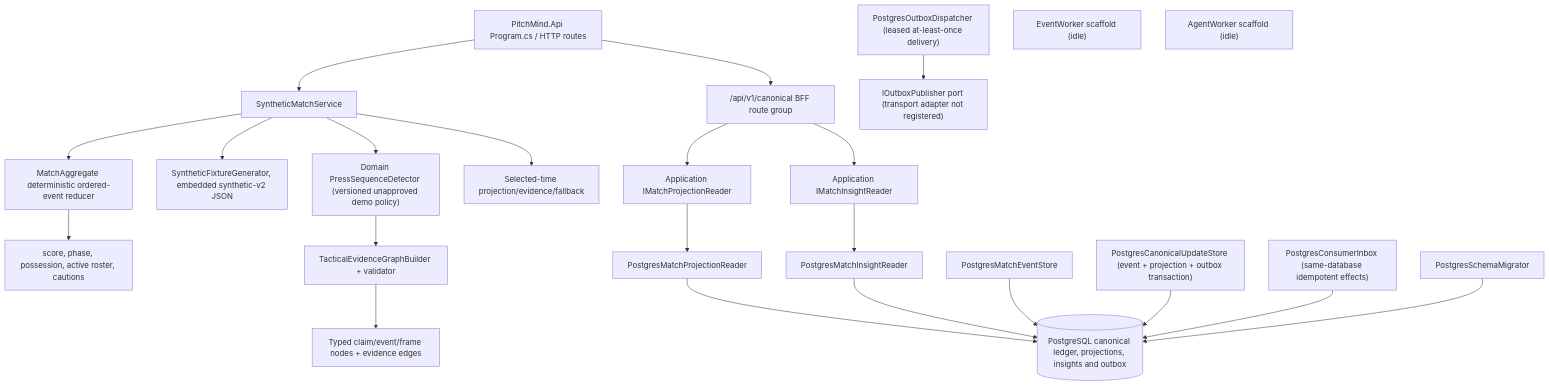
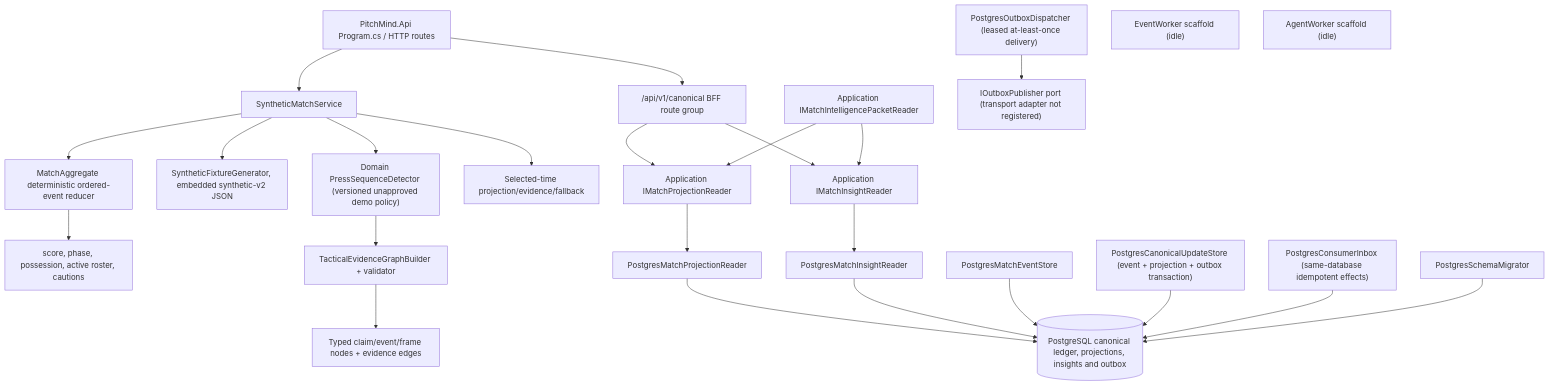
Before and after one commit to prateekgangopadhyay/PitchMind: the first of 2 diagrams in docs/architecture/03-components.md, drawn with Mermaid. The commit also changed other lines of this file and 8 other files, not shown here.

Commit message:
feat(ep08-s01): add bounded match intelligence packet

````diff
--- a/docs/architecture/03-components.md
+++ b/docs/architecture/03-components.md
@@ -9,25 +9,27 @@
 ```mermaid
 flowchart TB
   API["PitchMind.Api Program.cs / HTTP routes"] --> Match["SyntheticMatchService"]
   API --> CanonicalRoutes["/api/v1/canonical BFF route group"]
   CanonicalRoutes --> ProjectionPort["Application IMatchProjectionReader"]
   CanonicalRoutes --> InsightPort["Application IMatchInsightReader"]
+  PacketPort["Application IMatchIntelligencePacketReader"] --> ProjectionPort
+  PacketPort --> InsightPort
   ProjectionPort --> ProjectionReader["PostgresMatchProjectionReader"]
   InsightPort --> InsightReader["PostgresMatchInsightReader"]
   ProjectionReader --> DB[("PostgreSQL canonical ledger, projections, insights and outbox")]
   InsightReader --> DB
   Match --> Aggregate["MatchAggregate deterministic ordered-event reducer"]
   Aggregate --> State["score, phase, possession, active roster, cautions"]
   Match --> Fixture["SyntheticFixtureGenerator, embedded synthetic-v2 JSON"]
   Match --> Press["Domain PressSequenceDetector (versioned unapproved demo policy)"]
   Press --> Graph["TacticalEvidenceGraphBuilder + validator"]
   Graph --> Insight["Typed claim/event/frame nodes + evidence edges"]
   Match --> Replay["Selected-time projection/evidence/fallback"]
   Ledger["PostgresMatchEventStore"] --> DB
   CanonicalWrite["PostgresCanonicalUpdateStore (event + projection + outbox transaction)"] --> DB
   Dispatcher["PostgresOutboxDispatcher (leased at-least-once delivery)"] --> Publisher["IOutboxPublisher port (transport adapter not registered)"]
   Inbox["PostgresConsumerInbox (same-database idempotent effects)"] --> DB
   Migrator["PostgresSchemaMigrator"] --> DB
   EventWorker["EventWorker scaffold (idle)"]
   AgentWorker["AgentWorker scaffold (idle)"]
 ```
````
